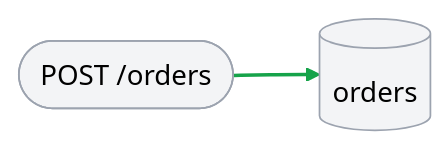
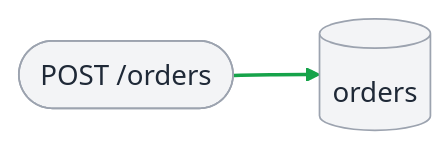
Before and after one commit to Ullauri/shapediff: the first of 4 diagrams in internal/render/testdata/note.golden.md, drawn with Mermaid (forest theme). The commit also changed other lines of this file and 1 other file, not shown here.

First line of the commit message:
render: set text colour on every Mermaid classDef

````diff
--- a/internal/render/testdata/note.golden.md
+++ b/internal/render/testdata/note.golden.md
@@ -10,14 +10,14 @@
 ```mermaid
 flowchart LR
-  classDef added fill:#dcfce7,stroke:#16a34a
-  classDef removed fill:#fff1f2,stroke:#dc2626,stroke-dasharray:5 3
-  classDef signature_changed fill:#fef3c7,stroke:#d97706
-  classDef context fill:#f3f4f6,stroke:#9ca3af
-  classDef query fill:#dbeafe,stroke:#2563eb
-  classDef more fill:#f3f4f6,stroke:#9ca3af,stroke-dasharray:2 2
+  classDef added fill:#dcfce7,stroke:#16a34a,color:#1f2937
+  classDef removed fill:#fff1f2,stroke:#dc2626,stroke-dasharray:5 3,color:#1f2937
+  classDef signature_changed fill:#fef3c7,stroke:#d97706,color:#1f2937
+  classDef context fill:#f3f4f6,stroke:#9ca3af,color:#1f2937
+  classDef query fill:#dbeafe,stroke:#2563eb,color:#1f2937
+  classDef more fill:#f3f4f6,stroke:#9ca3af,stroke-dasharray:2 2,color:#1f2937
   ndcb5c3a1(["POST /orders"])
   nc5b8bb09[("orders")]
   ndcb5c3a1 --> nc5b8bb09
   linkStyle 0 stroke:#16a34a,stroke-width:2px
   class ndcb5c3a1,nc5b8bb09 context
 ```
````
